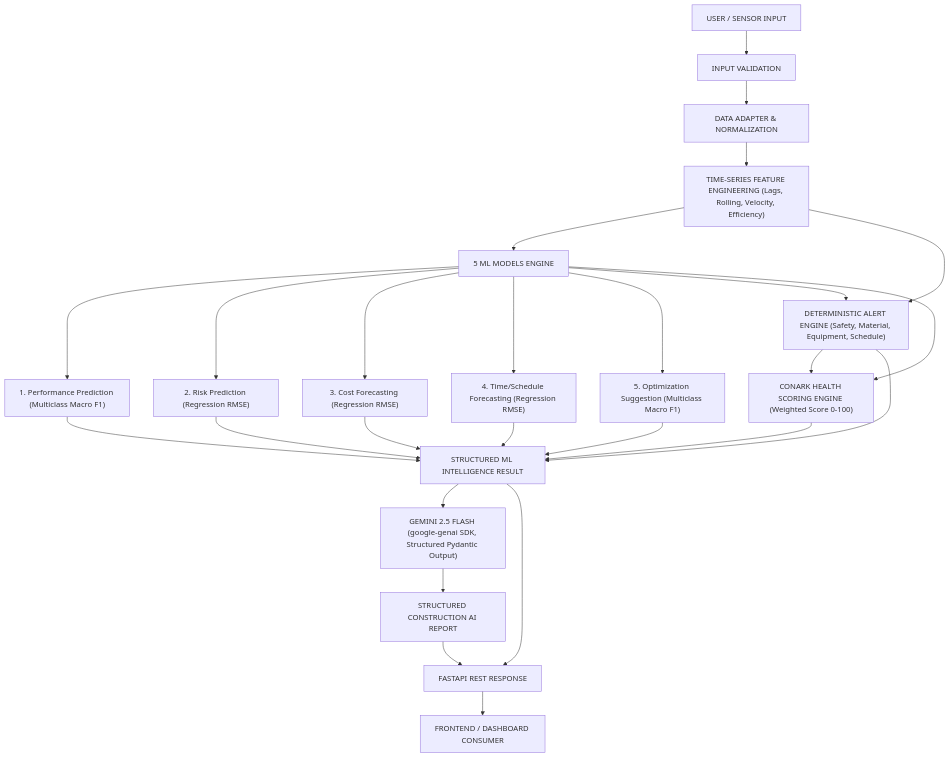
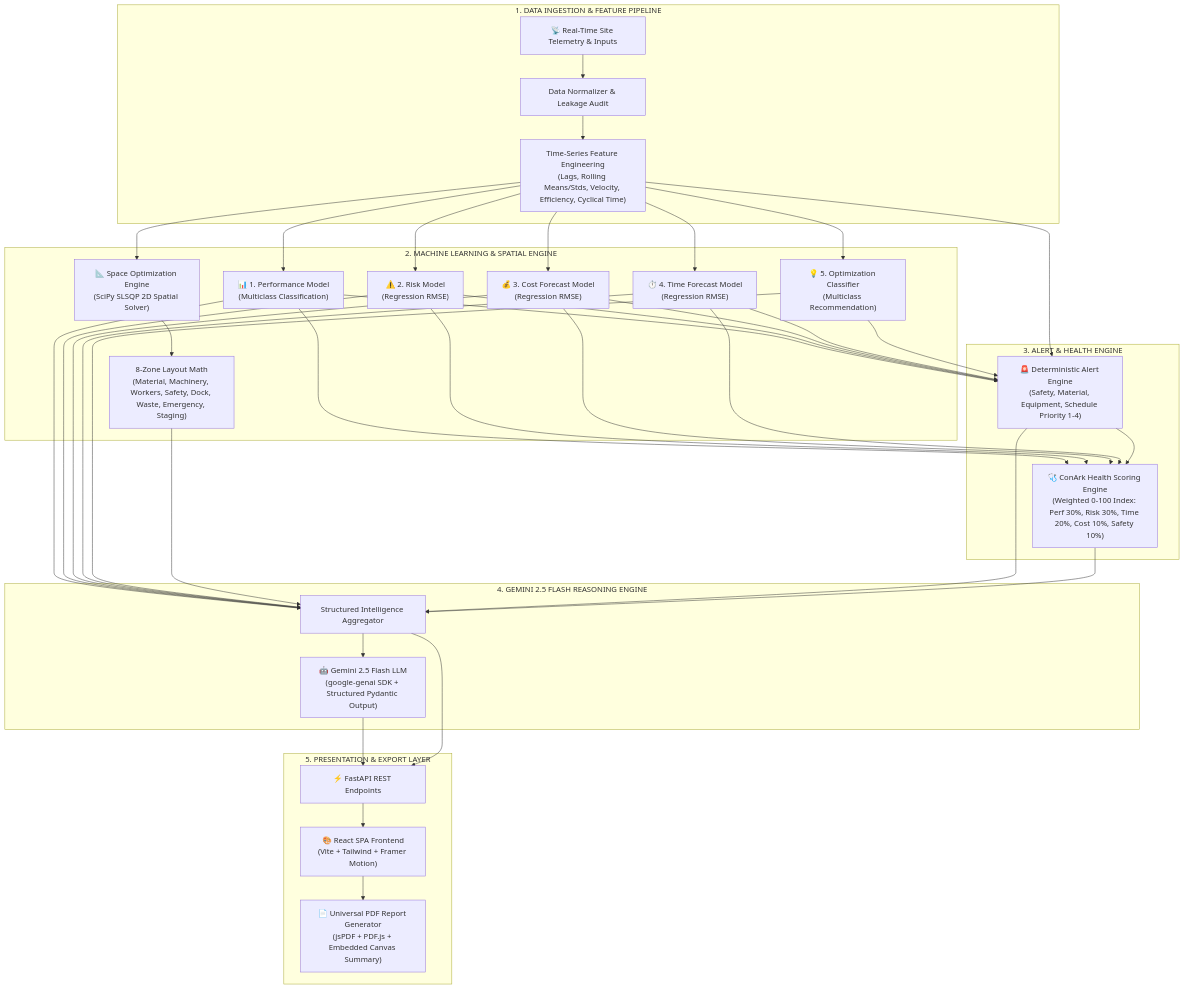
One commit to shubham392007-sketch/ConArk_Systems changed the diagram in README.md. Above: the diagram before and after it, drawn with Mermaid. The commit also changed other lines of this file, not shown here.

Commit message:
docs(readme): create world-class README.md for ConArk Systems with complete architecture, models, APIs, and team details

````diff
--- a/README.md
+++ b/README.md
@@ -9,24 +79,34 @@
 ```mermaid
 flowchart TD
-    User["USER / SENSOR INPUT"] --> Val["INPUT VALIDATION"]
-    Val --> Adapt["DATA ADAPTER & NORMALIZATION"]
-    Adapt --> FE["TIME-SERIES FEATURE ENGINEERING (Lags, Rolling, Velocity, Efficiency)"]
-    
-    FE --> ML["5 ML MODELS ENGINE"]
-    ML --> M1["1. Performance Prediction (Multiclass Macro F1)"]
-    ML --> M2["2. Risk Prediction (Regression RMSE)"]
-    ML --> M3["3. Cost Forecasting (Regression RMSE)"]
-    ML --> M4["4. Time/Schedule Forecasting (Regression RMSE)"]
-    ML --> M5["5. Optimization Suggestion (Multiclass Macro F1)"]
-    
-    FE & ML --> Alert["DETERMINISTIC ALERT ENGINE (Safety, Material, Equipment, Schedule)"]
-    ML & Alert --> Health["CONARK HEALTH SCORING ENGINE (Weighted Score 0-100)"]
-    
-    M1 & M2 & M3 & M4 & M5 & Alert & Health --> Agg["STRUCTURED ML INTELLIGENCE RESULT"]
-    
-    Agg --> Gemini["GEMINI 2.5 FLASH (google-genai SDK, Structured Pydantic Output)"]
-    Gemini --> Report["STRUCTURED CONSTRUCTION AI REPORT"]
-    
-    Agg & Report --> FastAPI["FASTAPI REST RESPONSE"]
-    FastAPI --> Dashboard["FRONTEND / DASHBOARD CONSUMER"]
+    subgraph Data_Layer ["1. DATA INGESTION & FEATURE PIPELINE"]
+        Sensors["📡 Real-Time Site Telemetry & Inputs"] --> Adapter["Data Normalizer & Leakage Audit"]
+        Adapter --> FE["Time-Series Feature Engineering\n(Lags, Rolling Means/Stds, Velocity, Efficiency, Cyclical Time)"]
+    end
+
+    subgraph Intelligence_Layer ["2. MACHINE LEARNING & SPATIAL ENGINE"]
+        FE --> M1["📊 1. Performance Model\n(Multiclass Classification)"]
+        FE --> M2["⚠️ 2. Risk Model\n(Regression RMSE)"]
+        FE --> M3["💰 3. Cost Forecast Model\n(Regression RMSE)"]
+        FE --> M4["⏱️ 4. Time Forecast Model\n(Regression RMSE)"]
+        FE --> M5["💡 5. Optimization Classifier\n(Multiclass Recommendation)"]
+        
+        FE --> SLSQP["📐 Space Optimization Engine\n(SciPy SLSQP 2D Spatial Solver)"]
+        SLSQP --> Zone8["8-Zone Layout Math\n(Material, Machinery, Workers, Safety, Dock, Waste, Emergency, Staging)"]
+    end
+
+    subgraph Decision_Layer ["3. ALERT & HEALTH ENGINE"]
+        FE & M1 & M2 & M3 & M4 & M5 --> Alert["🚨 Deterministic Alert Engine\n(Safety, Material, Equipment, Schedule Priority 1-4)"]
+        M1 & M2 & M3 & M4 & Alert --> Health["🩺 ConArk Health Scoring Engine\n(Weighted 0-100 Index: Perf 30%, Risk 30%, Time 20%, Cost 10%, Safety 10%)"]
+    end
+
+    subgraph Gemini_Layer ["4. GEMINI 2.5 FLASH REASONING ENGINE"]
+        M1 & M2 & M3 & M4 & M5 & Zone8 & Alert & Health --> Payload["Structured Intelligence Aggregator"]
+        Payload --> Gemini["🤖 Gemini 2.5 Flash LLM\n(google-genai SDK + Structured Pydantic Output)"]
+    end
+
+    subgraph Delivery_Layer ["5. PRESENTATION & EXPORT LAYER"]
+        Gemini & Payload --> API["⚡ FastAPI REST Endpoints"]
+        API --> Frontend["🎨 React SPA Frontend\n(Vite + Tailwind + Framer Motion)"]
+        Frontend --> PDF["📄 Universal PDF Report Generator\n(jsPDF + PDF.js + Embedded Canvas Summary)"]
+    end
 ```
````
